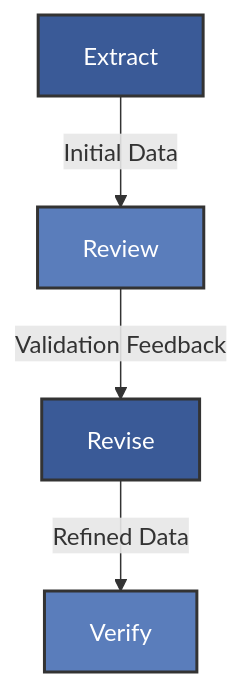
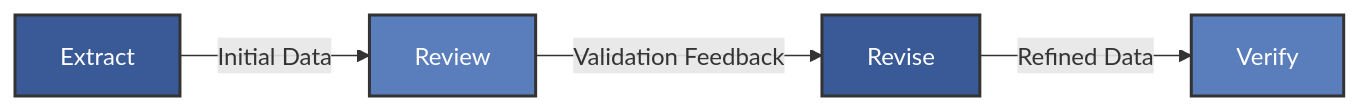
Before and after one commit to jamesgarfield/agentic-hybrid-control-presentation: the first of 4 diagrams in images/mermaid_diagrams.md, drawn with Mermaid. The commit also changed 4 other files, not shown here.

````diff
--- a/images/mermaid_diagrams.md
+++ b/images/mermaid_diagrams.md
@@ -7,11 +7,11 @@
 ```mermaid
-graph TD
+graph LR
     A[Extract] -->|Initial Data| B[Review]
     B -->|Validation Feedback| C[Revise]
     C -->|Refined Data| D[Verify]
     
     style A fill:#3a5a97,stroke:#333,stroke-width:2px,color:white
     style B fill:#5a7dbb,stroke:#333,stroke-width:2px,color:white
     style C fill:#3a5a97,stroke:#333,stroke-width:2px,color:white
     style D fill:#5a7dbb,stroke:#333,stroke-width:2px,color:white
 ```
````
